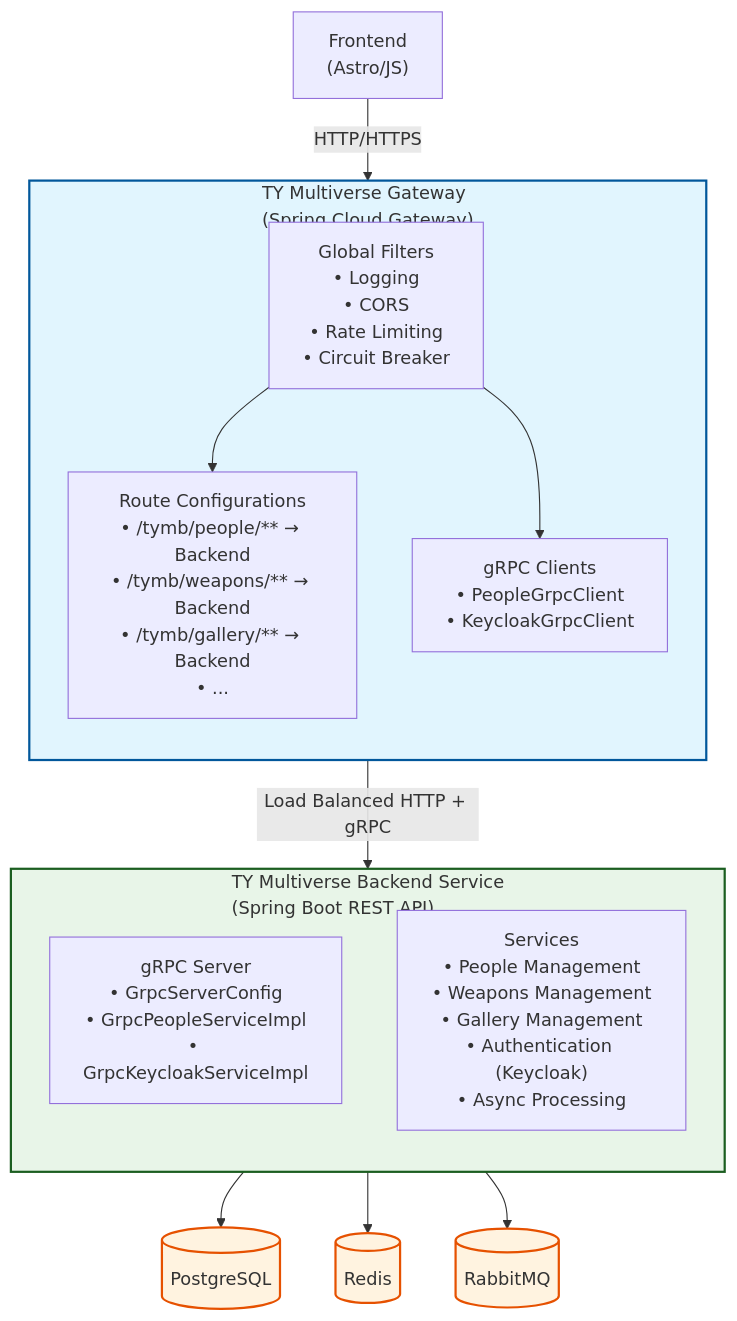
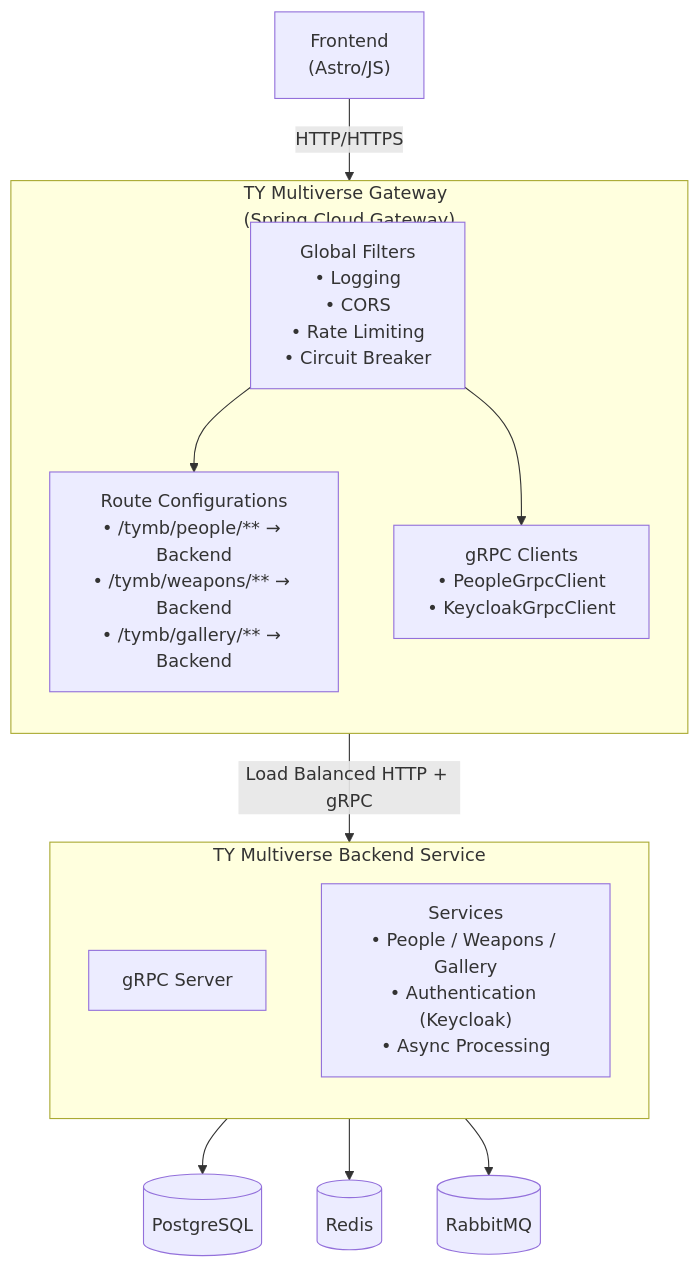
Before and after one commit to Vinskao/ty-multiverse-gateway: the second of 2 diagrams in README.md, drawn with Mermaid. The commit also changed other lines of this file and 1 other file, not shown here.

Commit message:
docs: update AGENTS.md and README.md with startup instructions, API test commands, and deployment guidelines

````diff
--- a/README.md
+++ b/README.md
@@ -540,38 +79,29 @@
 ```mermaid
 graph TD
     Frontend["Frontend<br/>(Astro/JS)"]
 
     subgraph Gateway ["TY Multiverse Gateway<br/>(Spring Cloud Gateway)"]
         direction TB
         GlobalFilters["Global Filters<br/>• Logging<br/>• CORS<br/>• Rate Limiting<br/>• Circuit Breaker"]
-        Routes["Route Configurations<br/>• /tymb/people/** → Backend<br/>• /tymb/weapons/** → Backend<br/>• /tymb/gallery/** → Backend<br/>• ..."]
+        Routes["Route Configurations<br/>• /tymb/people/** → Backend<br/>• /tymb/weapons/** → Backend<br/>• /tymb/gallery/** → Backend"]
         GrpcClients["gRPC Clients<br/>• PeopleGrpcClient<br/>• KeycloakGrpcClient"]
-        
         GlobalFilters --> Routes
         GlobalFilters --> GrpcClients
     end
 
-    subgraph Backend ["TY Multiverse Backend Service<br/>(Spring Boot REST API)"]
+    subgraph Backend ["TY Multiverse Backend Service"]
         direction TB
-        GrpcServer["gRPC Server<br/>• GrpcServerConfig<br/>• GrpcPeopleServiceImpl<br/>• GrpcKeycloakServiceImpl"]
-        Services["Services<br/>• People Management<br/>• Weapons Management<br/>• Gallery Management<br/>• Authentication (Keycloak)<br/>• Async Processing"]
+        GrpcServer["gRPC Server"]
+        Services["Services<br/>• People / Weapons / Gallery<br/>• Authentication (Keycloak)<br/>• Async Processing"]
     end
 
     PGDB[(PostgreSQL)]
     RedisDB[(Redis)]
     RabbitMQ[(RabbitMQ)]
 
     Frontend -- "HTTP/HTTPS" --> Gateway
     Gateway -- "Load Balanced HTTP + gRPC" --> Backend
     Backend --> PGDB
     Backend --> RedisDB
     Backend --> RabbitMQ
-
-    classDef web fill:#e1f5fe,stroke:#01579b,stroke-width:2px;
-    classDef api fill:#e8f5e8,stroke:#1b5e20,stroke-width:2px;
-    classDef db fill:#fff3e0,stroke:#e65100,stroke-width:2px;
-
-    class Gateway web;
-    class Backend api;
-    class PGDB,RedisDB,RabbitMQ db;
 ```
````
